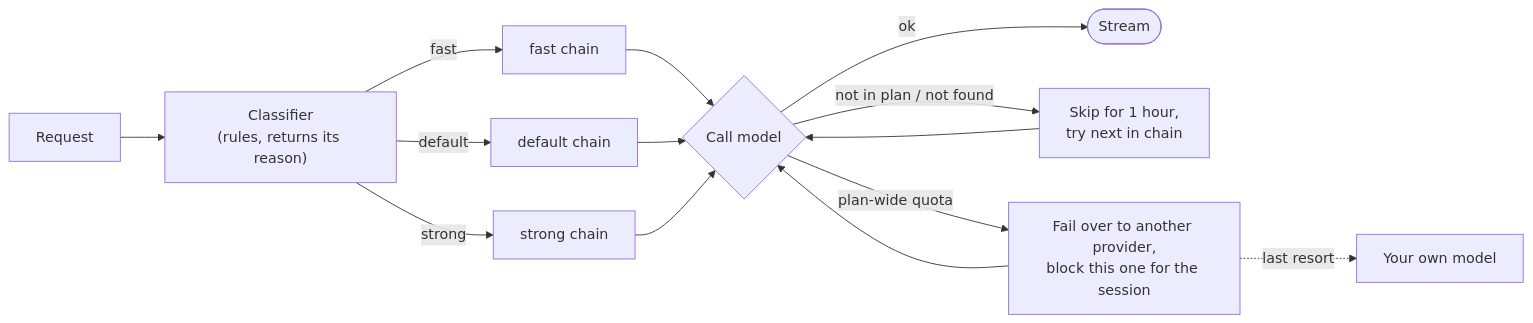
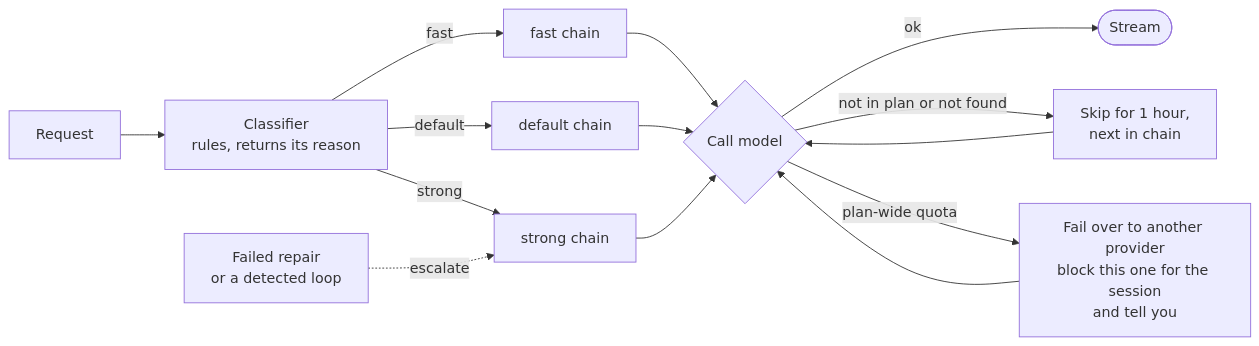
One commit to Adityaadpandey/melon-harness changed the ninth of 10 diagrams in README.md. Above: the diagram before and after it, drawn with Mermaid. The commit also changed other lines of this file, not shown here.

Commit message:
README: rewrite around checked work, add the MiniMax M3 vs Sonnet 5.5 webhook round and diagrams for the flow, verify, review, context, memory, routing and safety

````diff
--- a/README.md
+++ b/README.md
@@ -679,14 +474,14 @@
 ```mermaid
 flowchart LR
-    REQ[Request] --> CL["Classifier<br/>(rules, returns its reason)"]
+    REQ[Request] --> CL["Classifier<br/>rules, returns its reason"]
     CL -->|fast| FC["fast chain"]
     CL -->|default| DC["default chain"]
     CL -->|strong| SC["strong chain"]
-    FC & DC & SC --> TRY{Call model}
+    FC & DC & SC --> TRY{"Call model"}
     TRY -->|ok| OK([Stream])
-    TRY -->|not in plan / not found| SKIP["Skip for 1 hour,<br/>try next in chain"]
-    TRY -->|plan-wide quota| XPROV["Fail over to another provider,<br/>block this one for the session"]
+    TRY -->|"not in plan or not found"| SKIP["Skip for 1 hour,<br/>next in chain"]
+    TRY -->|"plan-wide quota"| XP["Fail over to another provider<br/>block this one for the session<br/>and tell you"]
     SKIP --> TRY
-    XPROV --> TRY
-    XPROV -.last resort.-> OWN[Your own model]
+    XP --> TRY
+    LOOPX["Failed repair<br/>or a detected loop"] -.escalate.-> SC
 ```
````
